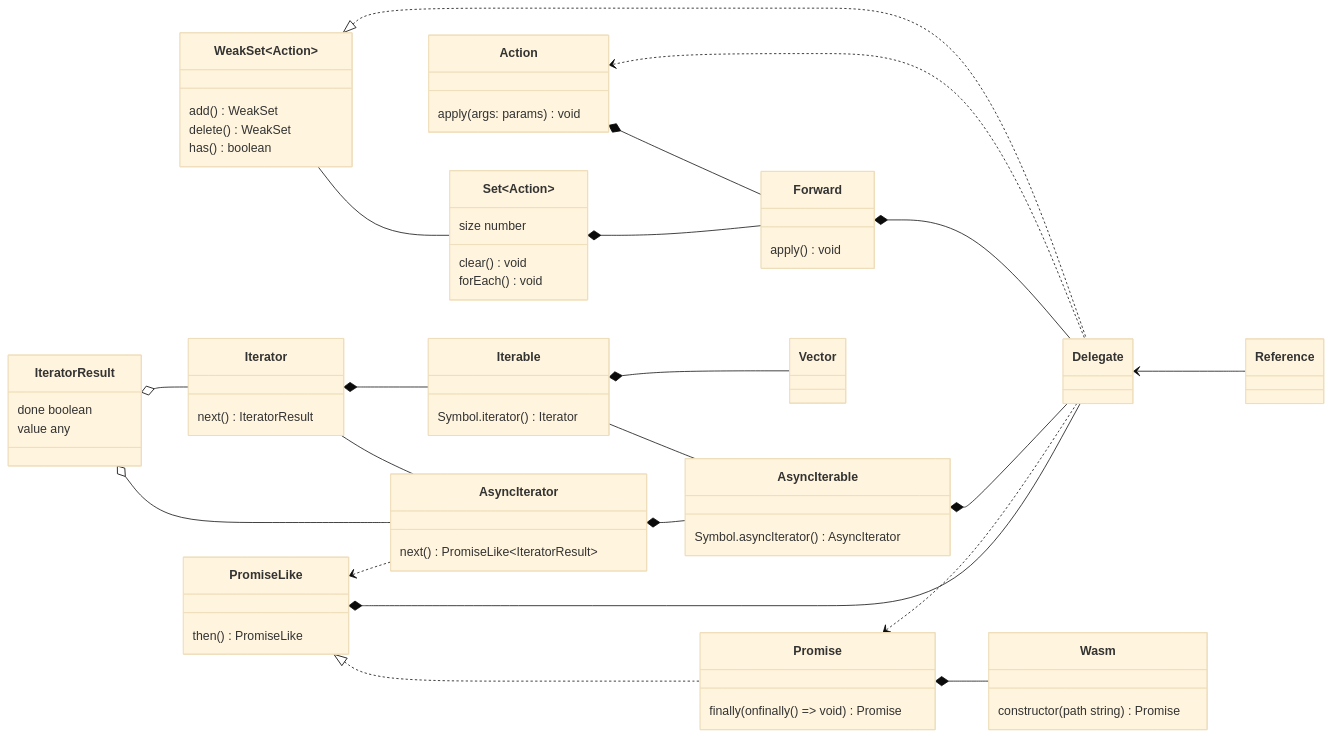
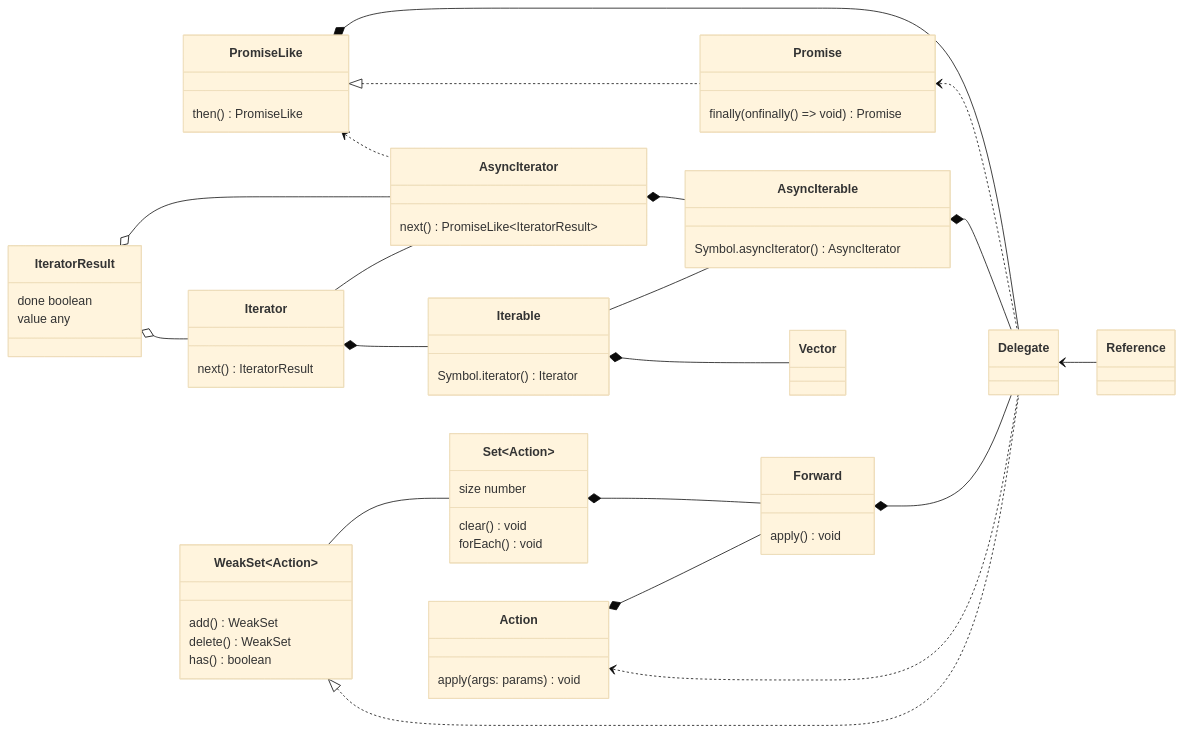
The fifth of 5 diagrams in README.md (domrally/peekeasy), drawn with Mermaid (base theme) before and after one commit. The commit also changed other lines of this file and 9 other files, not shown here.

````diff
--- a/README.md
+++ b/README.md
@@ -245,74 +223,69 @@
 ```mermaid
 classDiagram
     direction LR
     PromiseLike <|.. Promise
     PromiseLike *-- Delegate
-    Promise *-- Wasm
     Promise <.. Delegate
     PromiseLike <.. AsyncIterator
     IteratorResult o-- AsyncIterator
     Iterator -- AsyncIterator
     AsyncIterator *-- AsyncIterable
     Iterable -- AsyncIterable
     AsyncIterable *-- Delegate
     IteratorResult o-- Iterator
     Iterator *-- Iterable
     Forward *-- Delegate
     Action <.. Delegate
     Set~Action~ *-- Forward
     Action *-- Forward
     WeakSet~Action~ -- Set~Action~
     WeakSet~Action~ <|.. Delegate
     Delegate <-- Reference
     Iterable *-- Vector
     class IteratorResult {
         done boolean
         value any
     }
     class AsyncIterable {
         Symbol.asyncIterator() AsyncIterator
     }
     class Iterable {
         Symbol.iterator() Iterator
     }
     class Iterator {
         next() IteratorResult
     }
     class AsyncIterator {
         next() PromiseLike~IteratorResult~
     }
     class PromiseLike {
         then() PromiseLike
     }
     class Promise {
         finally(onfinally () => void) Promise
     }
-    class Wasm {
-        constructor(path string) Promise
-    }
-    link Wasm "https://github.com/domrally/peekeasy/blob/main/src/wasm.ts" "wasm.ts"
     class WeakSet {
         add() WeakSet
         delete() WeakSet
         has() boolean
     }
     class Set {
         size number
         clear() void
         forEach() void
     }
     class Action {
         apply(args: params) void
     }
 	 link Action "https://github.com/domrally/peekeasy/blob/main/src/action.ts" "action.ts"
     class Forward {
         apply() void
     }
     link Forward "https://github.com/domrally/peekeasy/blob/main/src/forward.ts" "forward.ts"
     class Delegate
     link Delegate "https://github.com/domrally/peekeasy/blob/main/src/delegate.ts" "delegate.ts"
     class Vector
     link Vector "https://github.com/domrally/peekeasy/blob/main/src/vector.ts" "vector.ts"
 	 class Reference
 	 link Reference "https://github.com/domrally/peekeasy/blob/main/src/reference.ts" "reference.ts"
 ```
````
